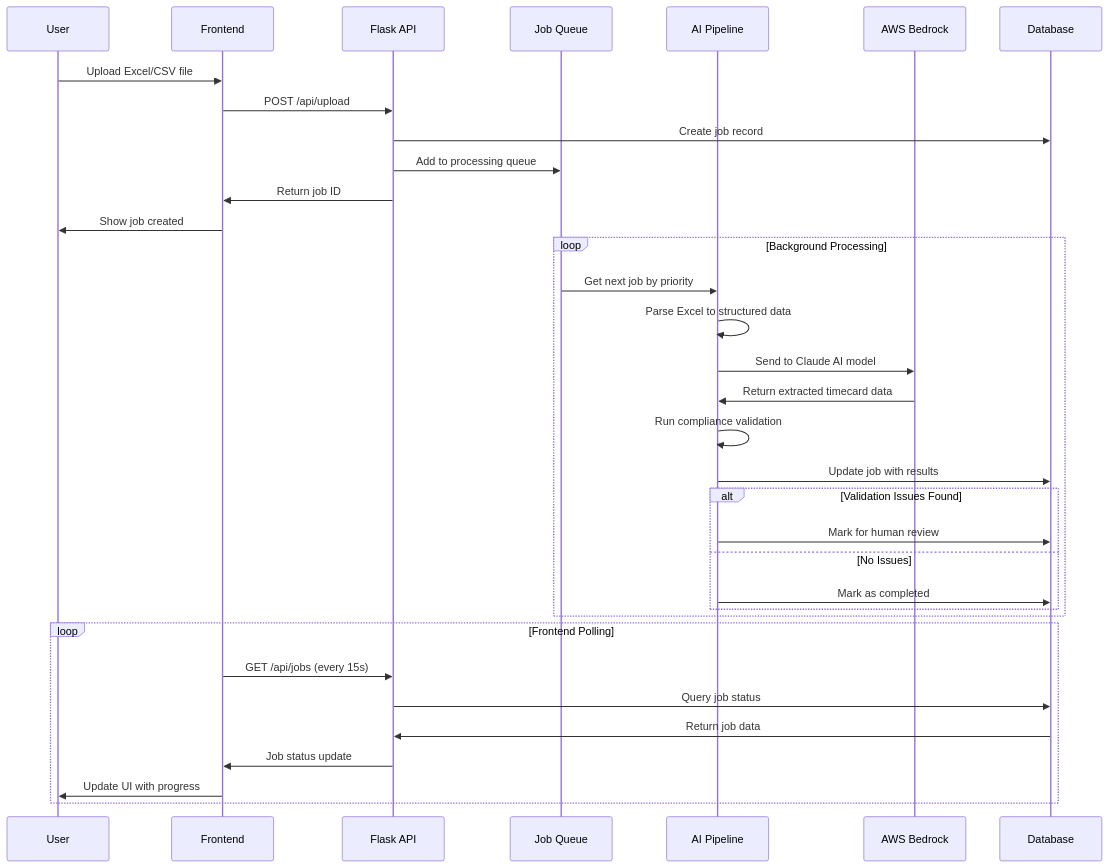
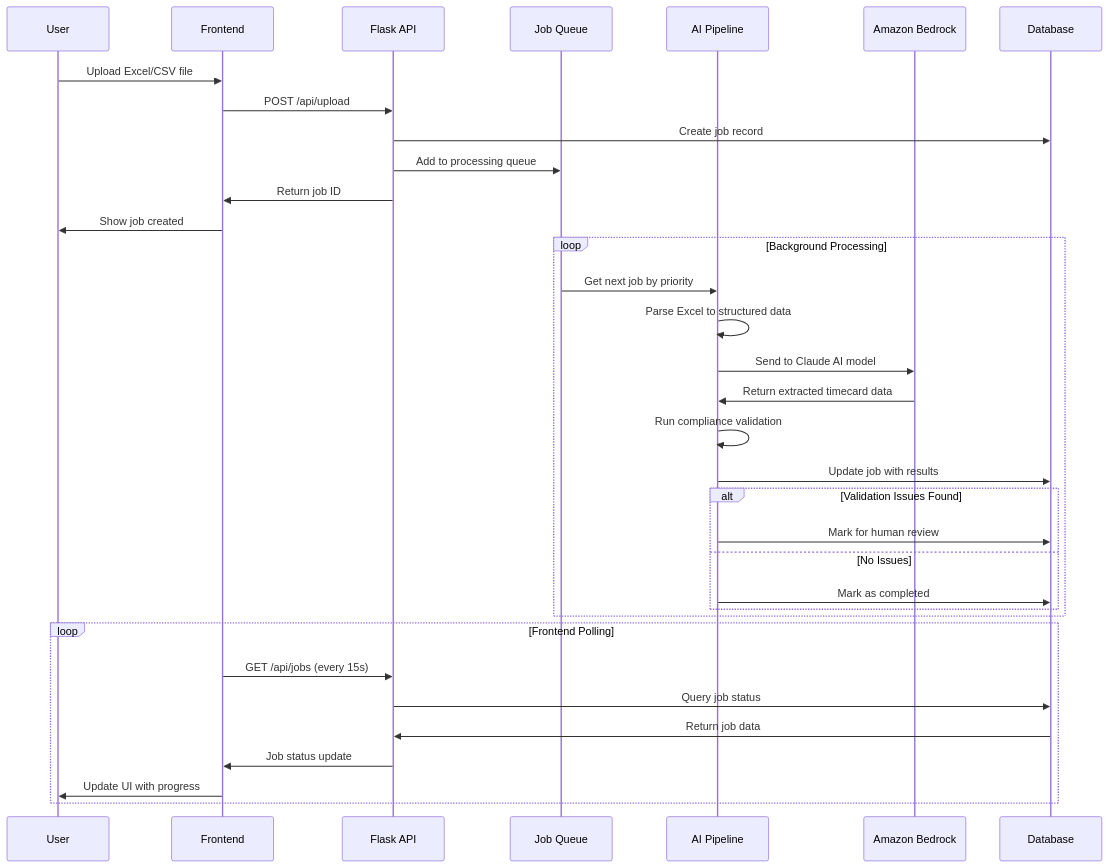
Before and after one commit to aws-samples/sample-timecards-processing-with-amazon-bedrock: the second of 3 diagrams in README.md, drawn with Mermaid. The commit also changed other lines of this file and 3 other files, not shown here.

Commit message:
Update Amazon Bedrock service name.

````diff
--- a/README.md
+++ b/README.md
@@ -38,40 +38,40 @@
 ```mermaid
 sequenceDiagram
     participant U as User
     participant F as Frontend
     participant A as Flask API
     participant Q as Job Queue
     participant P as AI Pipeline
-    participant B as AWS Bedrock
+    participant B as Amazon Bedrock
     participant D as Database
 
     U->>F: Upload Excel/CSV file
     F->>A: POST /api/upload
     A->>D: Create job record
     A->>Q: Add to processing queue
     A->>F: Return job ID
     F->>U: Show job created
 
     loop Background Processing
         Q->>P: Get next job by priority
         P->>P: Parse Excel to structured data
         P->>B: Send to Claude AI model
         B->>P: Return extracted timecard data
         P->>P: Run compliance validation
         P->>D: Update job with results
         
         alt Validation Issues Found
             P->>D: Mark for human review
         else No Issues
             P->>D: Mark as completed
         end
     end
 
     loop Frontend Polling
         F->>A: GET /api/jobs (every 15s)
         A->>D: Query job status
         D->>A: Return job data
         A->>F: Job status update
         F->>U: Update UI with progress
     end
 ```
````
